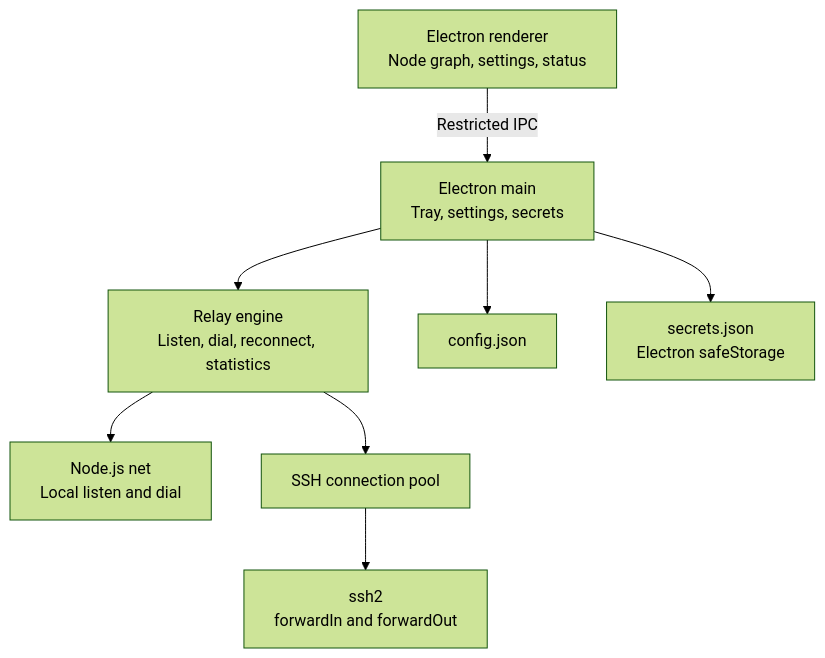
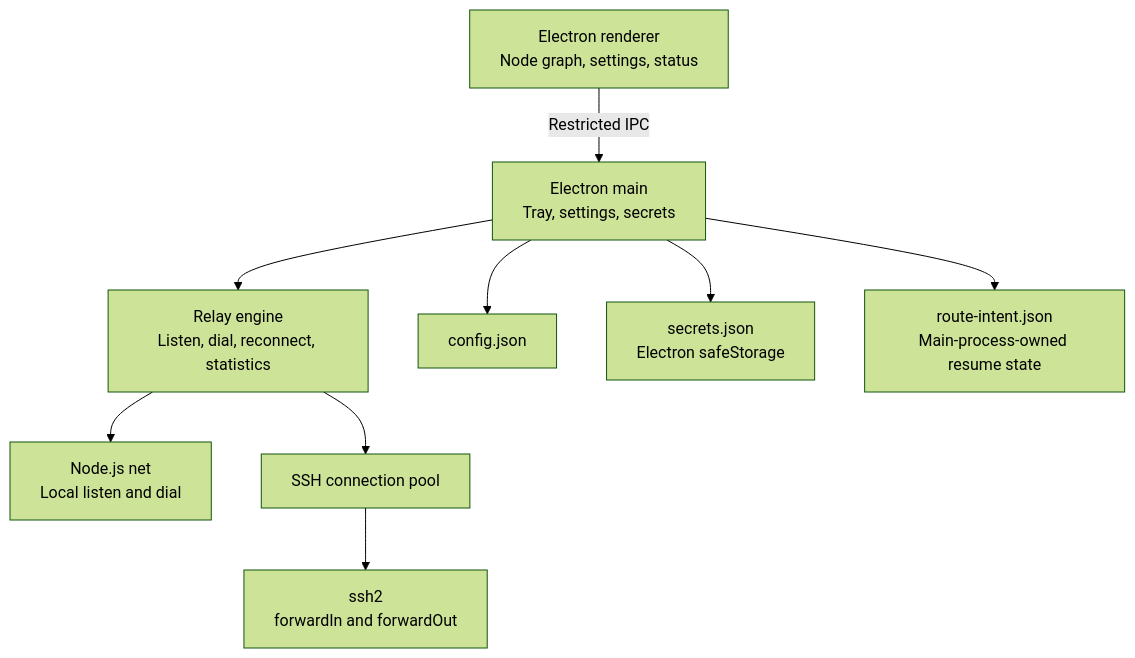
Before and after one commit to plainpacket/PortPatch: the second of 2 diagrams in docs/architecture.md, drawn with Mermaid (forest theme). The commit also changed other lines of this file and 26 other files, not shown here.

````diff
--- a/docs/architecture.md
+++ b/docs/architecture.md
@@ -25,10 +25,11 @@
 ```mermaid
 flowchart TD
     UI["Electron renderer\nNode graph, settings, status"] -->|"Restricted IPC"| Main["Electron main\nTray, settings, secrets"]
     Main --> Engine["Relay engine\nListen, dial, reconnect, statistics"]
     Engine --> Local["Node.js net\nLocal listen and dial"]
     Engine --> Pool["SSH connection pool"]
     Pool --> SSH2["ssh2\nforwardIn and forwardOut"]
     Main --> Store["config.json"]
     Main --> Secrets["secrets.json\nElectron safeStorage"]
+    Main --> Intent["route-intent.json\nMain-process-owned resume state"]
 ```
````
